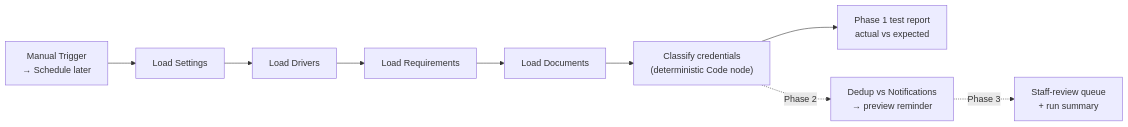
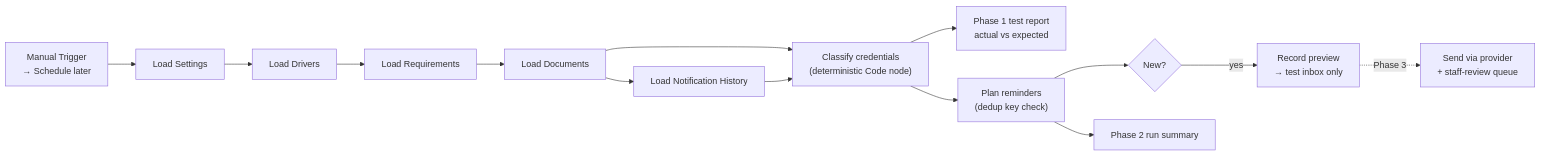
One commit to novaboostlabs/documinder changed the diagram in README.md. Above: the diagram before and after it, drawn with Mermaid. The commit also changed other lines of this file and 13 other files, not shown here.

First line of the commit message:
Phase 2: reminder previews + notification dedup, verified in n8n

````diff
--- a/README.md
+++ b/README.md
@@ -51,11 +55,16 @@
 ```mermaid
 flowchart LR
   T[Manual Trigger<br/>→ Schedule later] --> S[Load Settings]
   S --> D[Load Drivers]
   D --> R[Load Requirements]
   R --> C[Load Documents]
+  C --> H
   C --> K["Classify credentials<br/>(deterministic Code node)"]
+  H[Load Notification History] --> K
   K --> V[Phase 1 test report<br/>actual vs expected]
-  K -. Phase 2 .-> N[Dedup vs Notifications<br/>→ preview reminder]
-  N -. Phase 3 .-> Q[Staff-review queue<br/>+ run summary]
+  K --> P["Plan reminders<br/>(dedup key check)"]
+  P --> I{New?}
+  I -- yes --> W[Record preview<br/>→ test inbox only]
+  P --> U[Phase 2 run summary]
+  W -. Phase 3 .-> Q[Send via provider<br/>+ staff-review queue]
 ```
````
